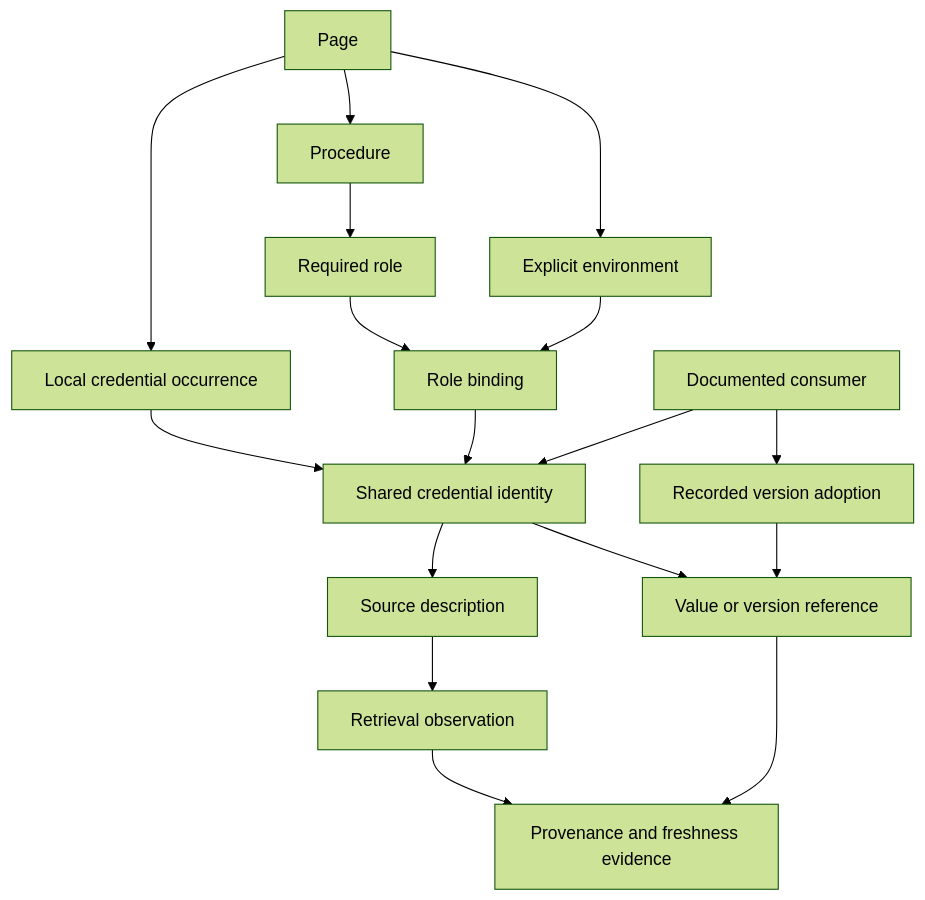
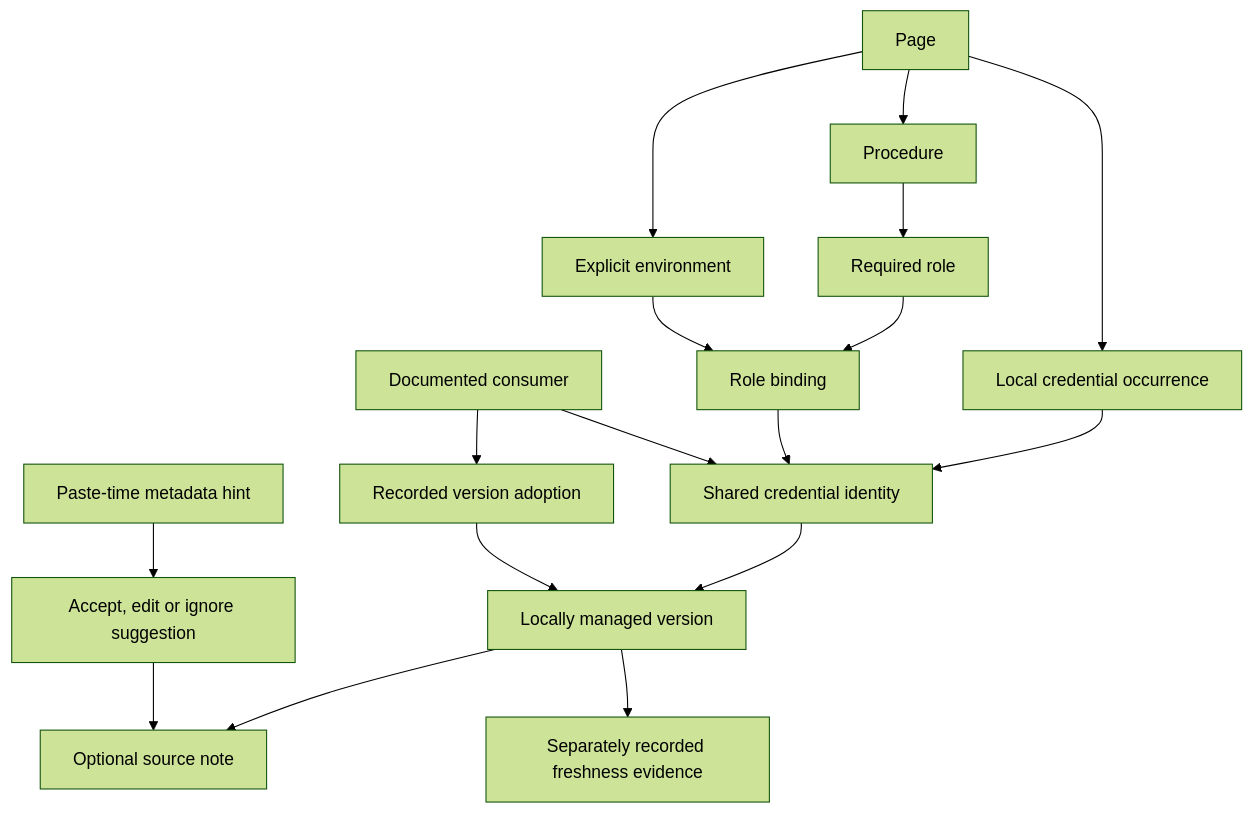
The first of 2 diagrams in docs/spec/design/operational-notebook/conceptual-model.md (onetimesecret/macos), drawn with Mermaid (forest theme) before and after one commit. The commit also changed other lines of this file and 3 other files, not shown here.

Commit message:
docs(design): clarify manual provenance and paste-source hints

````diff
--- a/docs/spec/design/operational-notebook/conceptual-model.md
+++ b/docs/spec/design/operational-notebook/conceptual-model.md
@@ -56,19 +73,19 @@
 ```mermaid
 flowchart TD
     Page[Page] --> Occurrence[Local credential occurrence]
     Occurrence --> Identity[Shared credential identity]
     Page --> Procedure[Procedure]
     Procedure --> Role[Required role]
     Page --> Environment[Explicit environment]
     Role --> Binding[Role binding]
     Environment --> Binding
     Binding --> Identity
-    Identity --> Source[Source description]
-    Identity --> Version[Value or version reference]
-    Version --> Evidence[Provenance and freshness evidence]
-    Source --> Retrieval[Retrieval observation]
-    Retrieval --> Evidence
+    Identity --> Version[Locally managed version]
+    Version --> Source[Optional source note]
+    Paste[Paste-time metadata hint] --> Suggestion[Accept, edit or ignore suggestion]
+    Suggestion --> Source
+    Version --> Evidence[Separately recorded freshness evidence]
     Consumer[Documented consumer] --> Identity
     Consumer --> Adoption[Recorded version adoption]
     Adoption --> Version
 ```
````
